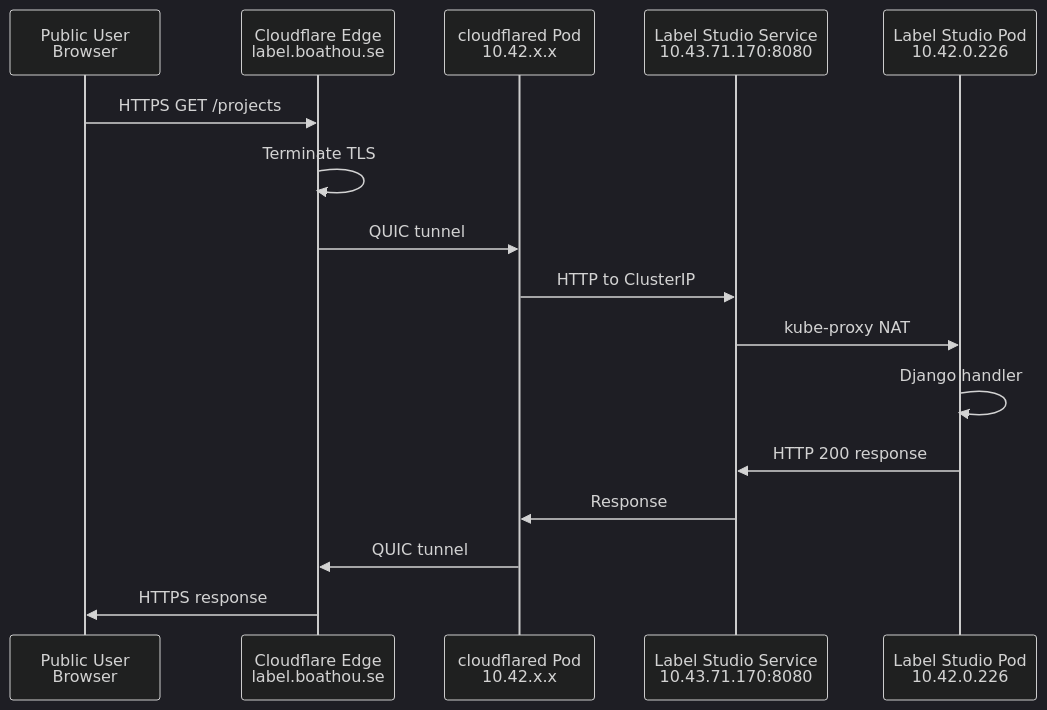
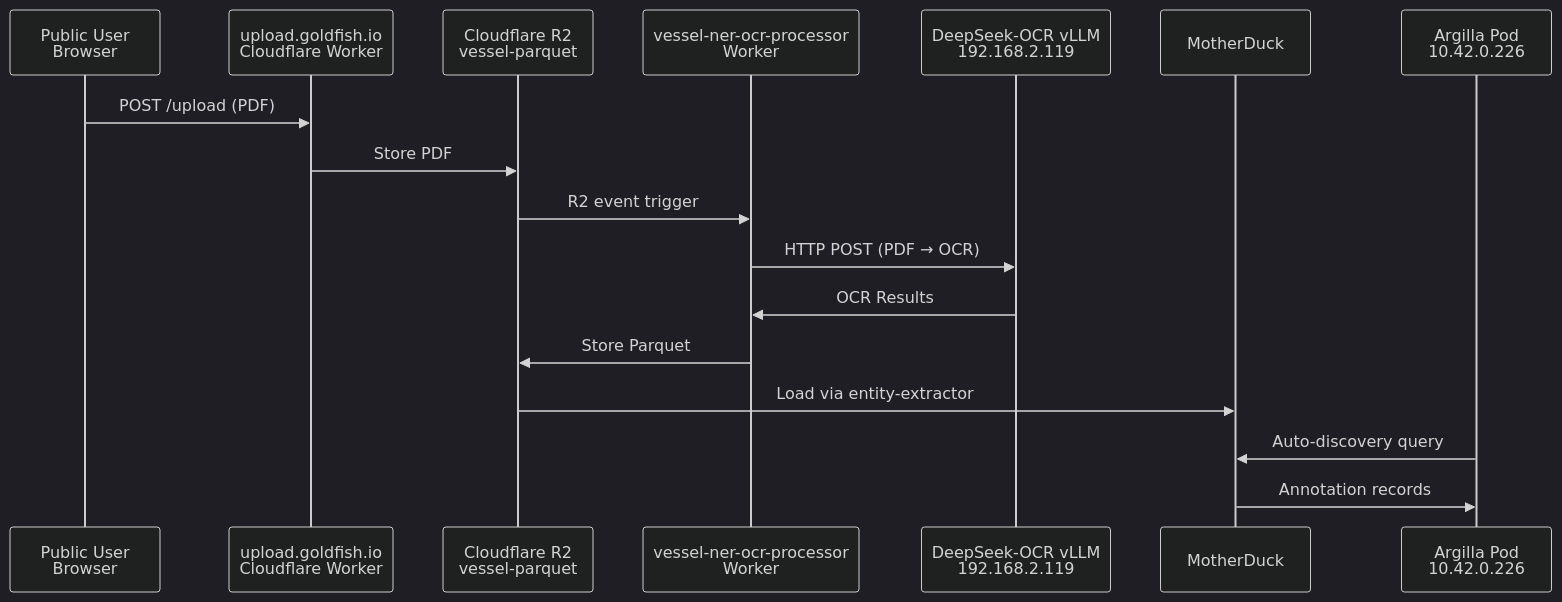
One commit to goldfish-inc/deepseek-ocr-vllm changed diagram 16 of 16 in docs/architecture/NETWORK_ARCHITECTURE.md. Above: the diagram before and after it, drawn with Mermaid (dark theme). The commit also changed other lines of this file and 2 other files, not shown here.

First line of the commit message:
docs(architecture): update for Argilla migration and vessel-ner Workers

````diff
--- a/docs/architecture/NETWORK_ARCHITECTURE.md
+++ b/docs/architecture/NETWORK_ARCHITECTURE.md
@@ -952,19 +966,20 @@
 ```mermaid
 sequenceDiagram
     participant User as Public User<br/>Browser
-    participant CFEdge as Cloudflare Edge<br/>label.boathou.se
-    participant CFTun as cloudflared Pod<br/>10.42.x.x
-    participant LSSVC as Label Studio Service<br/>10.43.71.170:8080
-    participant LSPod as Label Studio Pod<br/>10.42.0.226
+    participant Upload as upload.goldfish.io<br/>Cloudflare Worker
+    participant R2 as Cloudflare R2<br/>vessel-parquet
+    participant OCR as vessel-ner-ocr-processor<br/>Worker
+    participant VLLM as DeepSeek-OCR vLLM<br/>192.168.2.119
+    participant MD as MotherDuck
+    participant ARG as Argilla Pod<br/>10.42.0.226
 
-    User->>CFEdge: HTTPS GET /projects
-    CFEdge->>CFEdge: Terminate TLS
-    CFEdge->>CFTun: QUIC tunnel
-    CFTun->>LSSVC: HTTP to ClusterIP
-    LSSVC->>LSPod: kube-proxy NAT
-    LSPod->>LSPod: Django handler
-    LSPod->>LSSVC: HTTP 200 response
-    LSSVC->>CFTun: Response
-    CFTun->>CFEdge: QUIC tunnel
-    CFEdge->>User: HTTPS response
+    User->>Upload: POST /upload (PDF)
+    Upload->>R2: Store PDF
+    R2->>OCR: R2 event trigger
+    OCR->>VLLM: HTTP POST (PDF → OCR)
+    VLLM->>OCR: OCR Results
+    OCR->>R2: Store Parquet
+    R2->>MD: Load via entity-extractor
+    ARG->>MD: Auto-discovery query
+    MD->>ARG: Annotation records
 ```
````
